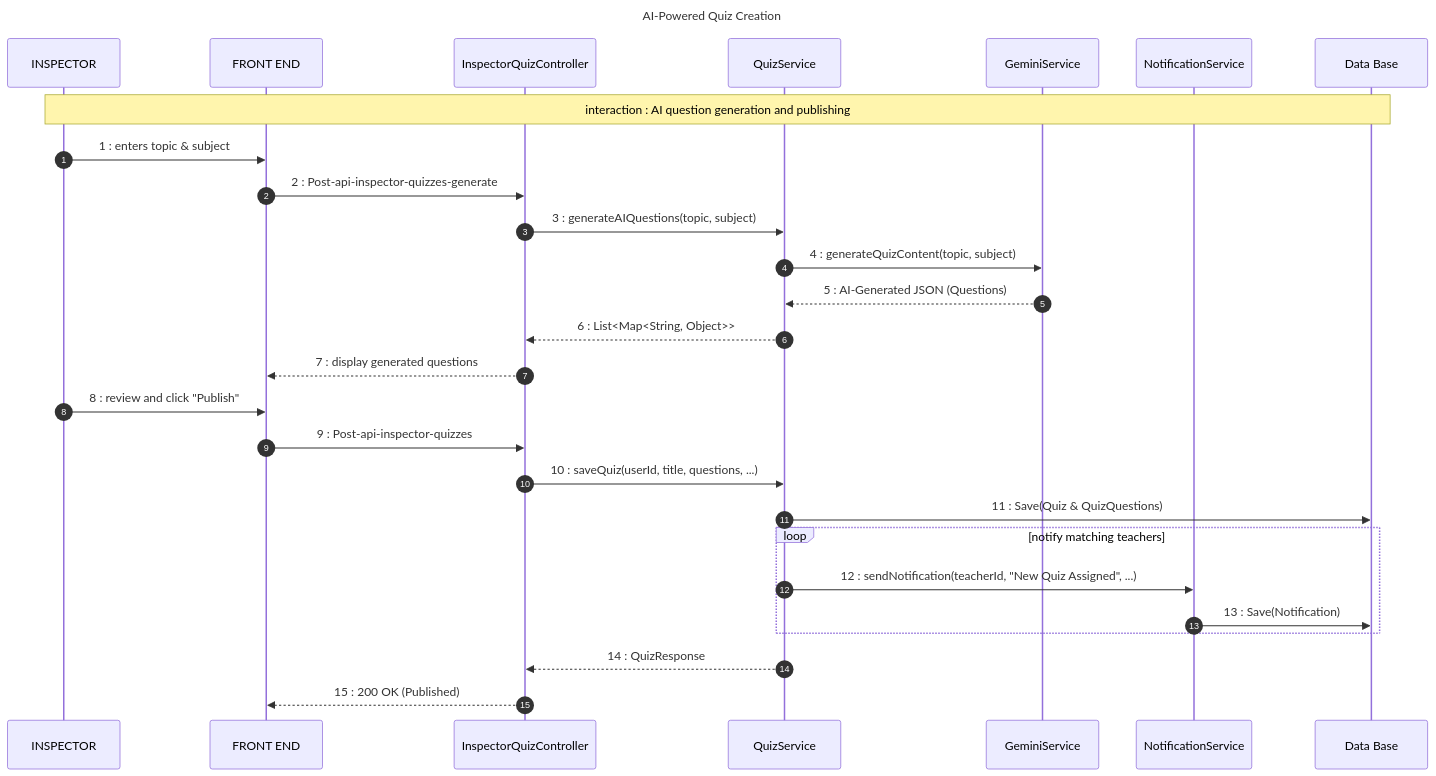
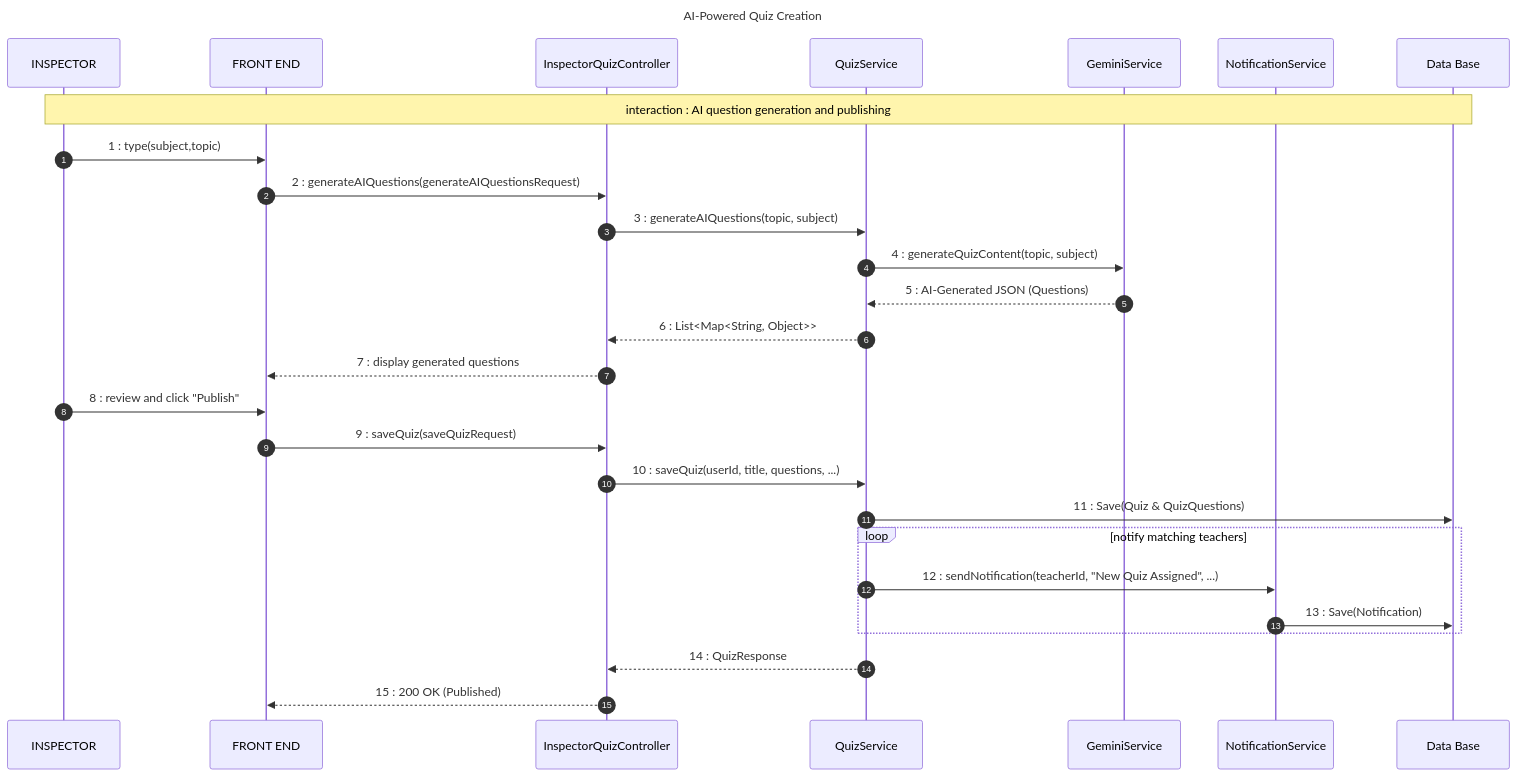
One commit to chbichibsofiene/inspector changed the first of 2 diagrams in uml_diagrams/quiz_management_sequence.md. Above: the diagram before and after it, drawn with Mermaid. The commit also changed other lines of this file and 41 other files, not shown here.

Commit message:
feat: Sprint 4 - Communication & Analytics | updated UML diagrams, class diagrams (StarUML), Messenger service fixes, Docker configs, and documentation

````diff
--- a/uml_diagrams/quiz_management_sequence.md
+++ b/uml_diagrams/quiz_management_sequence.md
@@ -7,35 +7,35 @@
 ```mermaid
 sequenceDiagram
     title: AI-Powered Quiz Creation
     autonumber
     participant USER as INSPECTOR
     participant FE as FRONT END
     participant IQC as InspectorQuizController
     participant QS as QuizService
     participant GS as GeminiService
     participant NS as NotificationService
     participant DB as Data Base
 
     Note over USER, DB: interaction : AI question generation and publishing
 
-    USER->>FE: 1 : enters topic & subject
-    FE->>IQC: 2 : Post-api-inspector-quizzes-generate
+    USER->>FE: 1 : type(subject,topic)
+    FE->>IQC: 2 : generateAIQuestions(generateAIQuestionsRequest)
     IQC->>QS: 3 : generateAIQuestions(topic, subject)
     QS->>GS: 4 : generateQuizContent(topic, subject)
     GS-->>QS: 5 : AI-Generated JSON (Questions)
     QS-->>IQC: 6 : List<Map<String, Object>>
     IQC-->>FE: 7 : display generated questions
     
     USER->>FE: 8 : review and click "Publish"
-    FE->>IQC: 9 : Post-api-inspector-quizzes
+    FE->>IQC: 9 : saveQuiz(saveQuizRequest)
     IQC->>QS: 10 : saveQuiz(userId, title, questions, ...)
     QS->>DB: 11 : Save(Quiz & QuizQuestions)
     
     loop notify matching teachers
         QS->>NS: 12 : sendNotification(teacherId, "New Quiz Assigned", ...)
         NS->>DB: 13 : Save(Notification)
     end
 
     QS-->>IQC: 14 : QuizResponse
     IQC-->>FE: 15 : 200 OK (Published)
 ```
````
